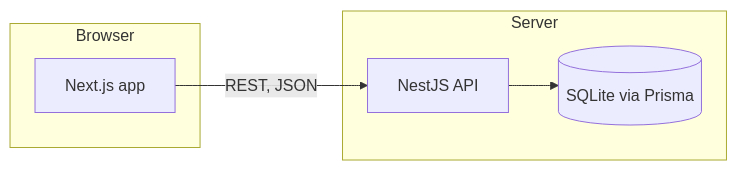
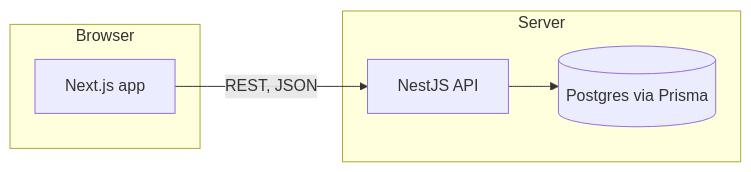
Before and after one commit to wolvie782/salary-management: the first of 2 diagrams in docs/architecture.md, drawn with Mermaid. The commit also changed other lines of this file and 27 other files, not shown here.

````diff
--- a/docs/architecture.md
+++ b/docs/architecture.md
@@ -5,12 +5,12 @@
 ```mermaid
 flowchart LR
     subgraph Browser
         UI[Next.js app]
     end
     subgraph Server
         API[NestJS API]
-        DB[(SQLite via Prisma)]
+        DB[(Postgres via Prisma)]
     end
     UI -->|REST, JSON| API
     API --> DB
 ```
````
